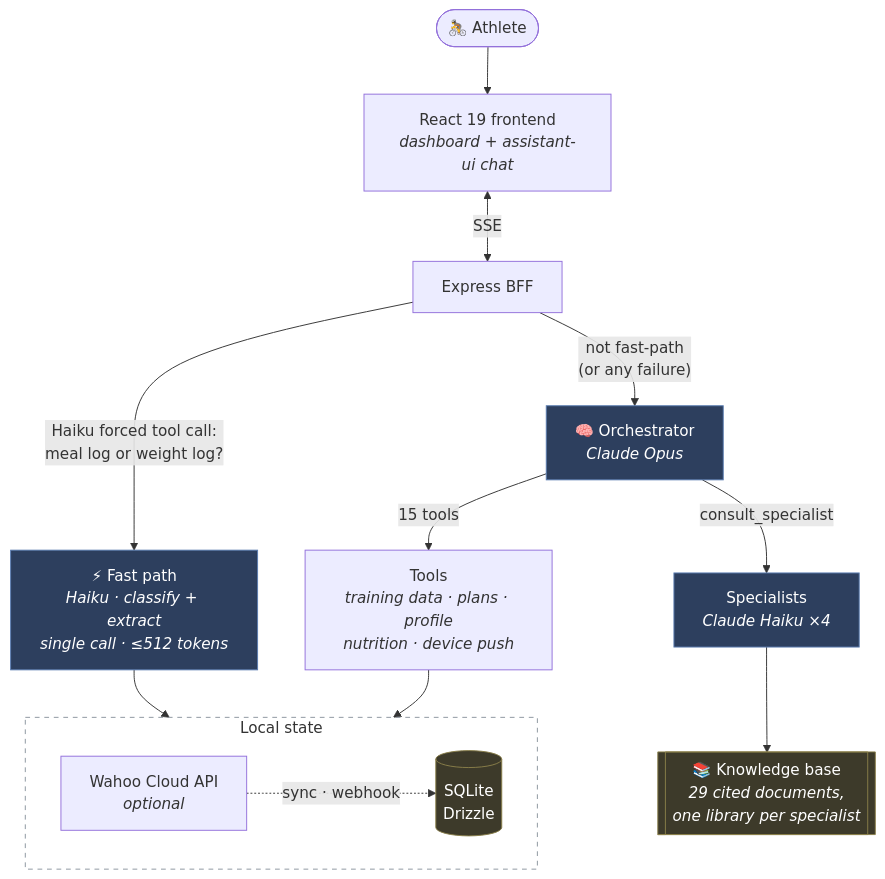
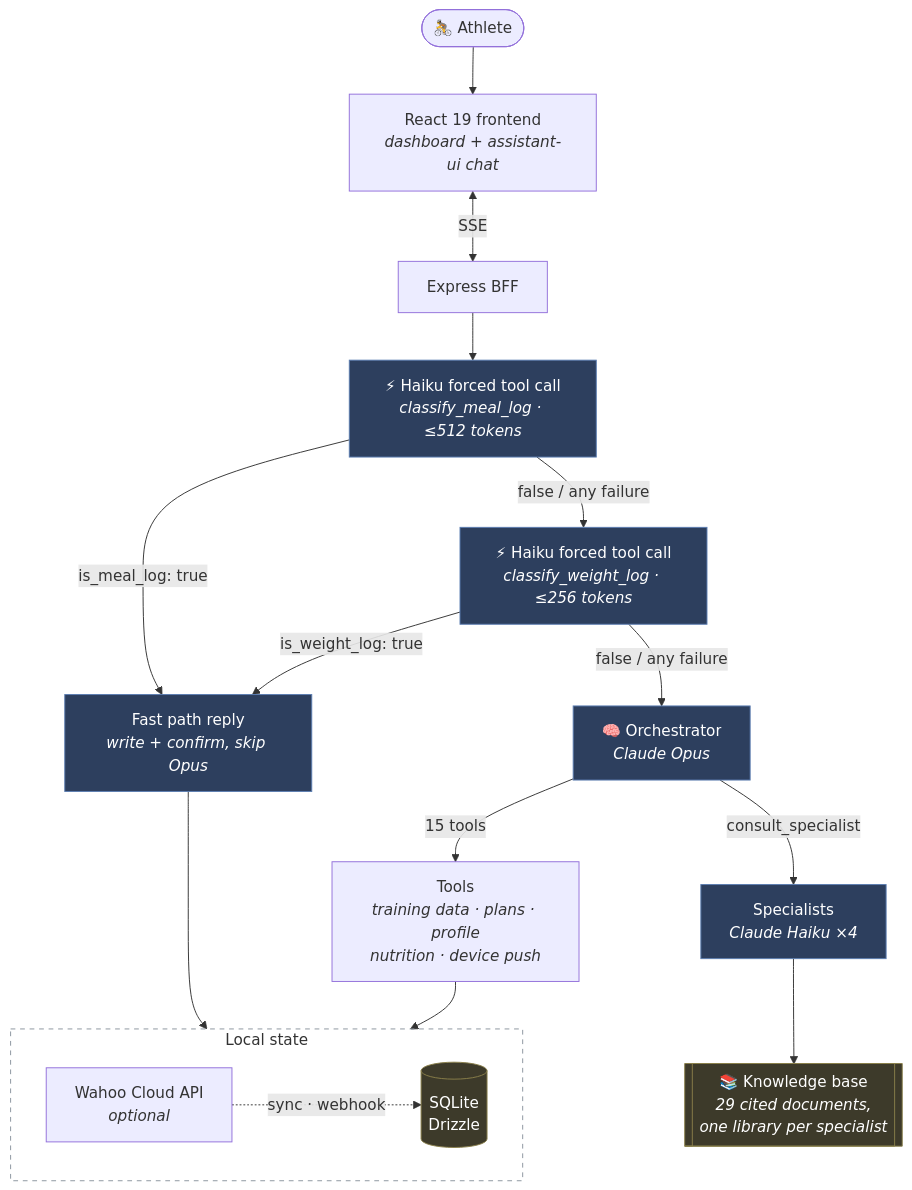
Before and after one commit to almadaocta/rumble: the first of 2 diagrams in README.md, drawn with Mermaid.

Commit message:
update readme diagram

````diff
--- a/README.md
+++ b/README.md
@@ -41,28 +41,31 @@
 ```mermaid
 flowchart TD
     User(["🚴 Athlete"]) --> FE["React 19 frontend<br/><i>dashboard + assistant-ui chat</i>"]
     FE <-->|SSE| BFF["Express BFF"]
 
-    BFF -->|"Haiku forced tool call:\nmeal log or weight log?"| FastPath["⚡ Fast path<br/><i>Haiku · classify + extract<br/>single call · ≤512 tokens</i>"]
-    BFF -->|"not fast-path<br/>(or any failure)"| Orch["🧠 Orchestrator<br/><i>Claude Opus</i>"]
+    BFF --> MealTry["⚡ Haiku forced tool call<br/><i>classify_meal_log · ≤512 tokens</i>"]
+    MealTry -->|"is_meal_log: true"| FastPath["Fast path reply<br/><i>write + confirm, skip Opus</i>"]
+    MealTry -->|"false / any failure"| WeightTry["⚡ Haiku forced tool call<br/><i>classify_weight_log · ≤256 tokens</i>"]
+    WeightTry -->|"is_weight_log: true"| FastPath
+    WeightTry -->|"false / any failure"| Orch["🧠 Orchestrator<br/><i>Claude Opus</i>"]
 
     Orch -->|15 tools| Tools["Tools<br/><i>training data · plans · profile<br/>nutrition · device push</i>"]
     Orch -->|consult_specialist| Spec["Specialists<br/><i>Claude Haiku ×4</i>"]
     Spec --> KB[["📚 Knowledge base<br/><i>29 cited documents,<br/>one library per specialist</i>"]]
 
     subgraph local ["Local state"]
         direction LR
         DB[("SQLite<br/>Drizzle")]
         Wahoo["Wahoo Cloud API<br/><i>optional</i>"]
     end
 
     FastPath --> DB
     Tools --> DB
     Wahoo -.->|sync · webhook| DB
 
     classDef model fill:#2d3f5e,stroke:#5b7db1,color:#fff
     classDef store fill:#3d3a2a,stroke:#8a7f4a,color:#fff
-    class Orch,Spec,FastPath model
+    class Orch,Spec,FastPath,MealTry,WeightTry model
     class DB,KB store
     style local fill:none,stroke:#8b949e,stroke-dasharray:5 5
 ```
````
